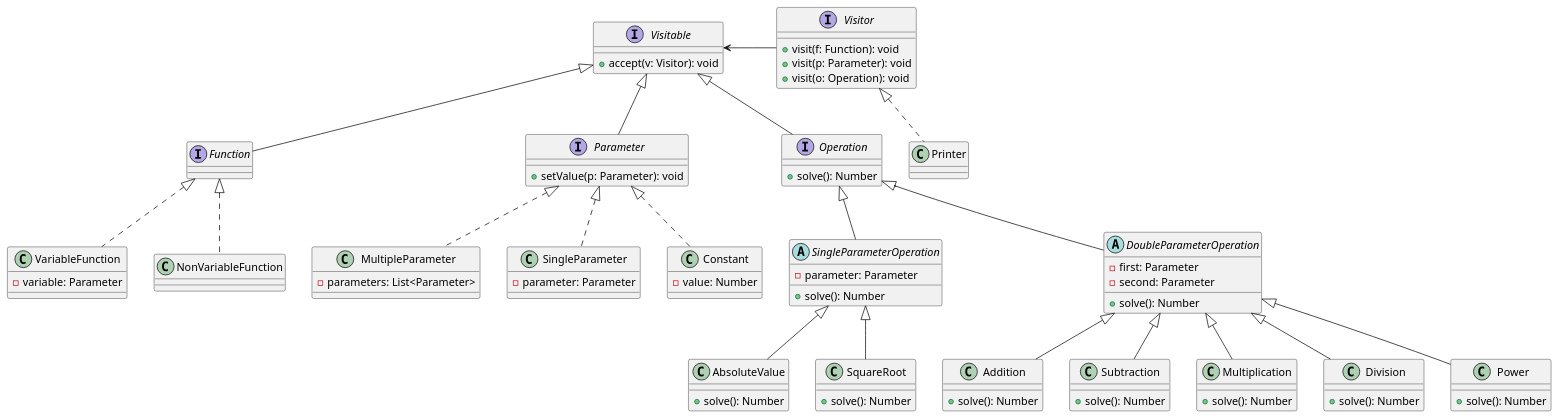
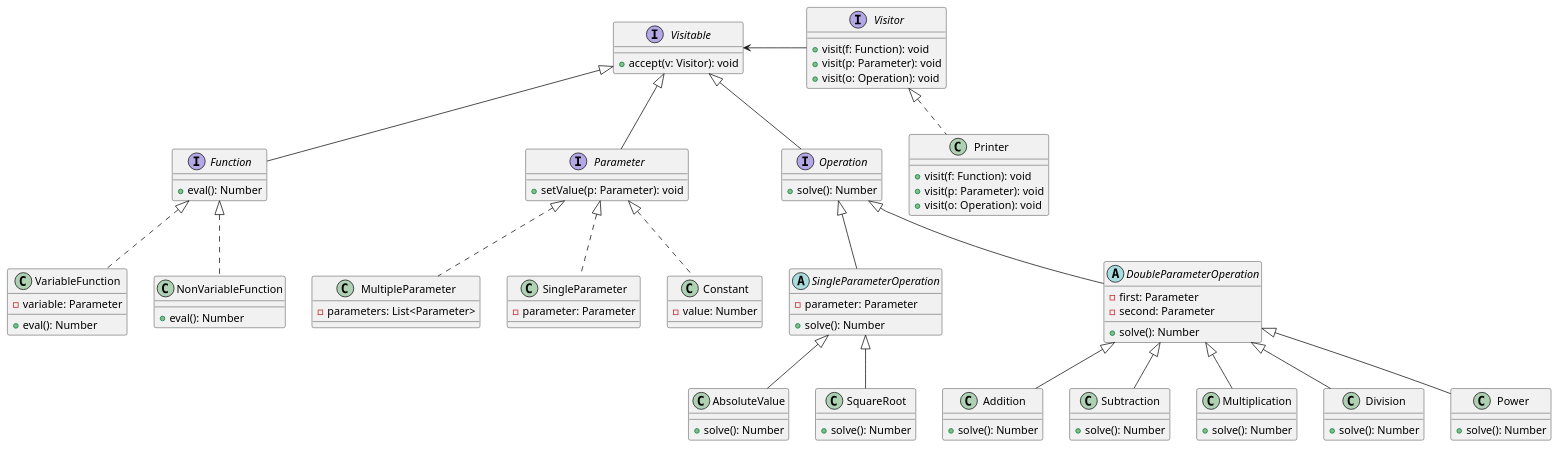
One commit to austral-ingsis-classroom/formula-FranCalveyra changed the diagram in diagrams/Functions.puml. Above: the diagram before and after it, drawn with PlantUML.

Commit message:
Minor additions to diagram

```diff
--- a/diagrams/Functions.puml
+++ b/diagrams/Functions.puml
@@ -1,89 +1,97 @@
 @startuml
 
 interface Visitable{
 +accept(v: Visitor): void
 }
 interface Visitor{
 +visit(f: Function): void
 +visit(p: Parameter): void
 +visit(o: Operation): void
 }
 
+'TODO: Determine if visiting bottom classes is needed
+
 class Printer implements Visitor{
++visit(f: Function): void
++visit(p: Parameter): void
++visit(o: Operation): void
 }
 
 
 interface Function extends Visitable{
++eval(): Number
 }
 class VariableFunction implements Function{
 -variable: Parameter
++eval(): Number
 }
 class NonVariableFunction implements Function{
++eval(): Number
 }
 
 interface Parameter extends Visitable{
 +setValue(p: Parameter): void
 }
 
 class MultipleParameter implements Parameter{
 -parameters: List<Parameter>
 }
 
 class SingleParameter implements Parameter{
 -parameter: Parameter
 }
 
 class Constant implements Parameter{
 -value: Number
 }
 
 interface Operation extends Visitable{
 +solve(): Number
 }
 
 abstract class SingleParameterOperation extends Operation{
 -parameter: Parameter
 +solve(): Number
 }
 
 abstract class DoubleParameterOperation extends Operation{
 -first: Parameter
 -second: Parameter
 +solve(): Number
 }
 
 class Addition extends DoubleParameterOperation{
 +solve(): Number
 }
 class Subtraction extends DoubleParameterOperation{
 +solve(): Number
 }
 class Multiplication extends DoubleParameterOperation{
 +solve(): Number
 }
 class Division extends DoubleParameterOperation{
 +solve(): Number
 }
 class Power extends DoubleParameterOperation{
 +solve(): Number
 }
 
 class AbsoluteValue extends SingleParameterOperation{
 +solve(): Number
 }
 class SquareRoot extends SingleParameterOperation{
 +solve(): Number
 }
 
 
 
 
 
 ' Functions receive ONE WORD OR LETTER,
 ' then they are single-variable
 
 ' Extras
 Visitable <-Visitor
 
 
 @enduml
```
